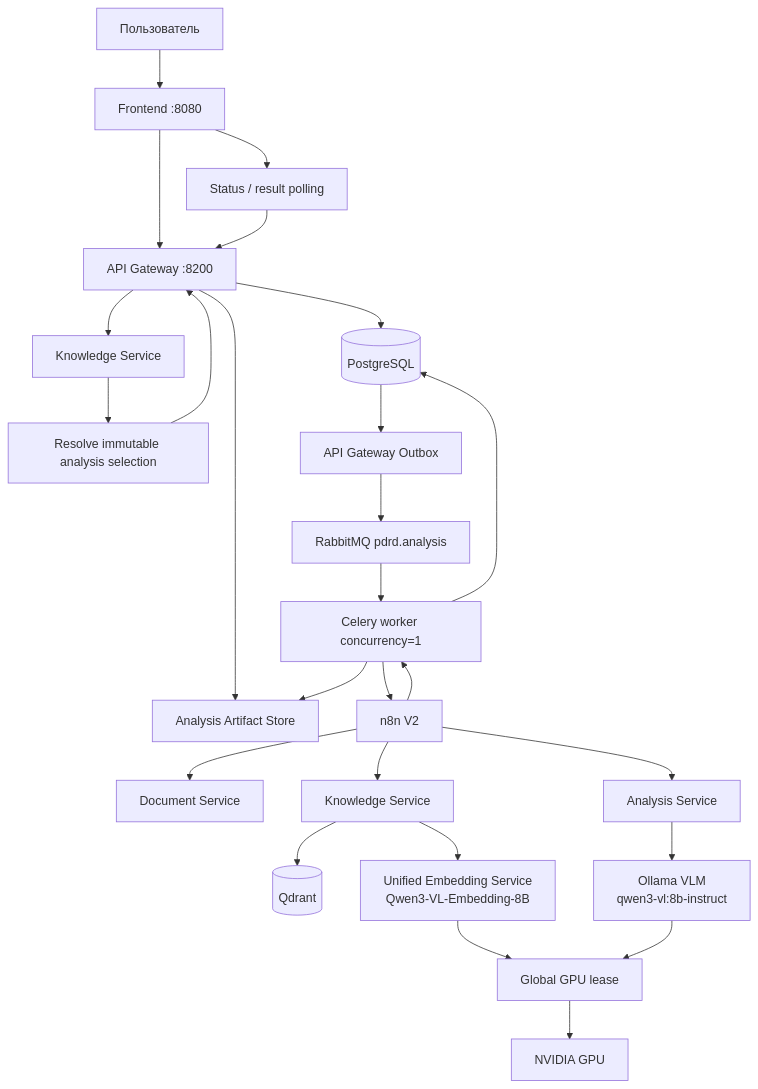
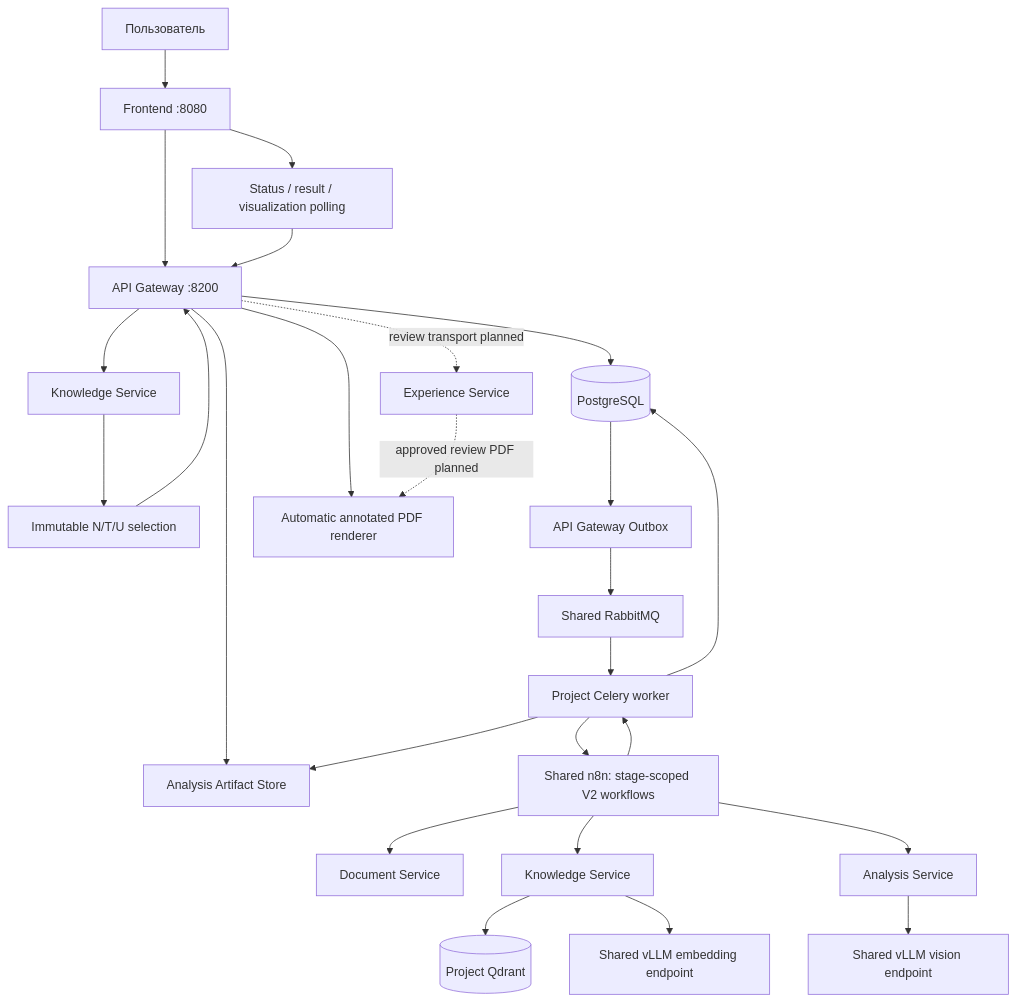
Before and after one commit to Amadu-A/PDRD-validation: the first of 15 diagrams in README.md, drawn with Mermaid. The commit also changed other lines of this file and 1 other file, not shown here.

````diff
--- a/README.md
+++ b/README.md
@@ -134,35 +136,28 @@
 ```mermaid
 flowchart TD
     U["Пользователь"] --> FE["Frontend :8080"]
     FE --> GW["API Gateway :8200"]
-
     GW --> FS["Analysis Artifact Store"]
     GW --> KS["Knowledge Service"]
-    KS --> RESOLVE["Resolve immutable analysis selection"]
+    KS --> RESOLVE["Immutable N/T/U selection"]
     RESOLVE --> GW
-
     GW --> PG[("PostgreSQL")]
     PG --> O["API Gateway Outbox"]
-    O --> RMQ["RabbitMQ pdrd.analysis"]
-    RMQ --> W["Celery worker concurrency=1"]
-    W --> N8N["n8n V2"]
-
+    O --> RMQ["Shared RabbitMQ"]
+    RMQ --> W["Project Celery worker"]
+    W --> N8N["Shared n8n: stage-scoped V2 workflows"]
     N8N --> DS["Document Service"]
     N8N --> KS2["Knowledge Service"]
     N8N --> AS["Analysis Service"]
-
-    KS2 --> QD[("Qdrant")]
-    KS2 --> EMB["Unified Embedding Service\nQwen3-VL-Embedding-8B"]
-    AS --> VLM["Ollama VLM\nqwen3-vl:8b-instruct"]
-
-    EMB --> GLOCK["Global GPU lease"]
-    VLM --> GLOCK
-    GLOCK --> GPU["NVIDIA GPU"]
-
+    KS2 --> QD[("Project Qdrant")]
+    KS2 --> EMB["Shared vLLM embedding endpoint"]
+    AS --> VLM["Shared vLLM vision endpoint"]
     N8N --> W
     W --> PG
     W --> FS
-
-    FE --> POLL["Status / result polling"]
+    FE --> POLL["Status / result / visualization polling"]
     POLL --> GW
+    GW --> DS2["Automatic annotated PDF renderer"]
+    GW -. "review transport planned" .-> EXP["Experience Service"]
+    EXP -. "approved review PDF planned" .-> DS2
 ```
````
